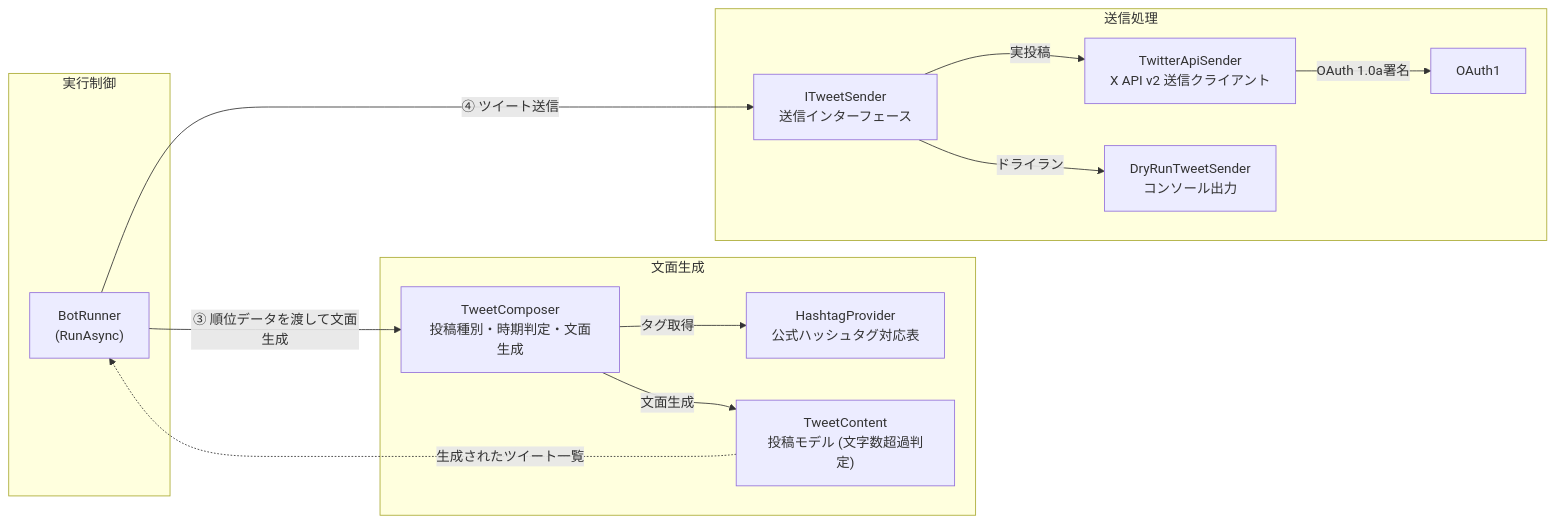
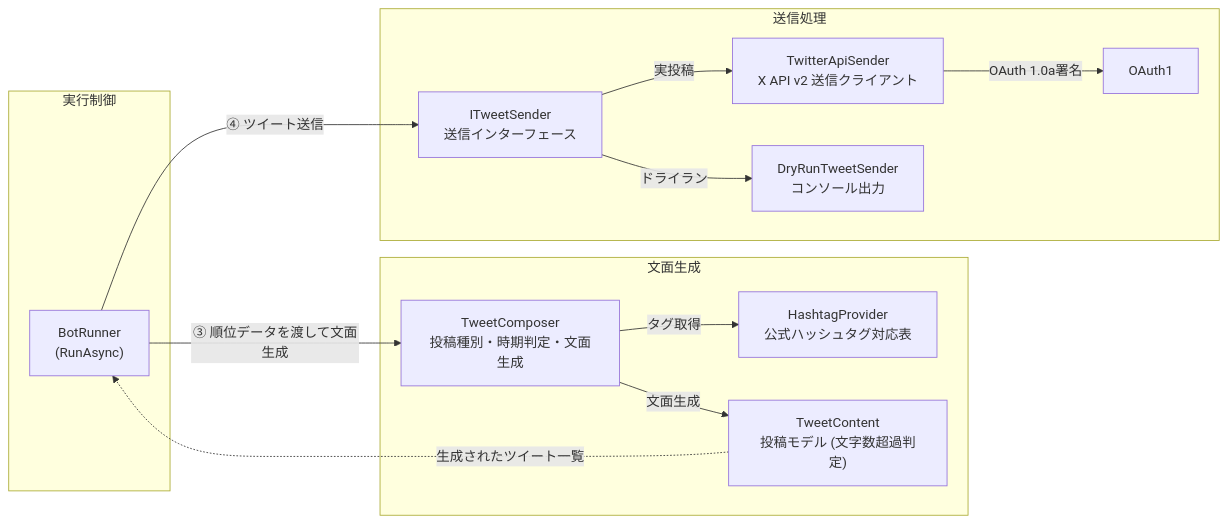
The fourth of 7 diagrams in docs/development.md (shin4488/MlbBot), drawn with Mermaid before and after one commit. The commit also changed other lines of this file, not shown here.

First line of the commit message:
Revert "docs: Mermaid図で①を②の上、③を④の上の配置に固定"

````diff
--- a/docs/development.md
+++ b/docs/development.md
@@ -150,35 +144,31 @@
 ```mermaid
 flowchart LR
     subgraph Caller["実行制御"]
         BR2["BotRunner<br>(RunAsync)"]
     end
 
     subgraph Composer["文面生成"]
         C["TweetComposer<br>投稿種別・時期判定・文面生成"] -->|タグ取得| H["HashtagProvider<br>公式ハッシュタグ対応表"]
         C -->|文面生成| T["TweetContent<br>投稿モデル (文字数超過判定)"]
     end
 
     subgraph Sender["送信処理"]
         I["ITweetSender<br>送信インターフェース"]
         I -->|実投稿| X["TwitterApiSender<br>X API v2 送信クライアント"]
         X -->|OAuth 1.0a署名| A["OAuth1"]
         I -->|ドライラン| D["DryRunTweetSender<br>コンソール出力"]
     end
 
-    C ~~~ I
-    H ~~~ X
-    T ~~~ D
-
     BR2 -->|③ 順位データを渡して文面生成| C
     T -.->|生成されたツイート一覧| BR2
     BR2 -->|④ ツイート送信| I
 
     click BR2 "../TwitterMlbBot/BotRunner.cs"
     click C "../TwitterMlbBot/Composing/TweetComposer.cs"
     click H "../TwitterMlbBot/Composing/HashtagProvider.cs"
     click T "../TwitterMlbBot/Composing/TweetContent.cs"
     click I "../TwitterMlbBot/Twitter/ITweetSender.cs"
     click X "../TwitterMlbBot/Twitter/TwitterApiSender.cs"
     click A "../TwitterMlbBot/Authorization/OAuth1.cs"
     click D "../TwitterMlbBot/Twitter/DryRunTweetSender.cs"
 ```
````
